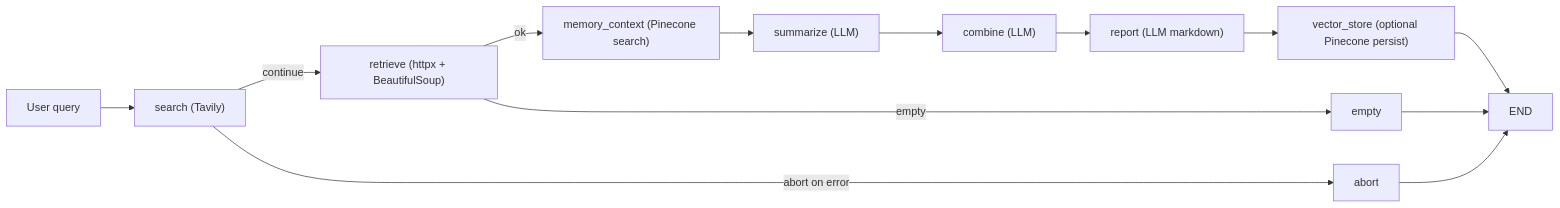
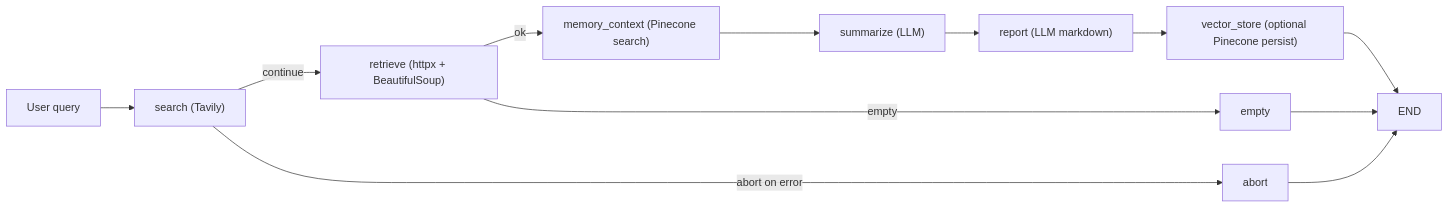
Before and after one commit to KostasCherv/research_agent: the first of 2 diagrams in README.md, drawn with Mermaid. The commit also changed other lines of this file and 14 other files, not shown here.

First line of the commit message:
refactor: remove combine_node and streamline report generation

````diff
--- a/README.md
+++ b/README.md
@@ -8,15 +8,14 @@
 ```mermaid
 flowchart LR
     userQuery["User query"] --> search["search (Tavily)"]
     search -->|"continue"| retrieve["retrieve (httpx + BeautifulSoup)"]
     search -->|"abort on error"| abortNode["abort"]
     retrieve -->|"ok"| memoryContext["memory_context (Pinecone search)"]
     retrieve -->|"empty"| emptyNode["empty"]
     memoryContext --> summarize["summarize (LLM)"]
-    summarize --> combine["combine (LLM)"]
-    combine --> report["report (LLM markdown)"]
+    summarize --> report["report (LLM markdown)"]
     report --> vectorStore["vector_store (optional Pinecone persist)"]
     vectorStore --> endNode["END"]
     abortNode --> endNode
     emptyNode --> endNode
 ```
````
